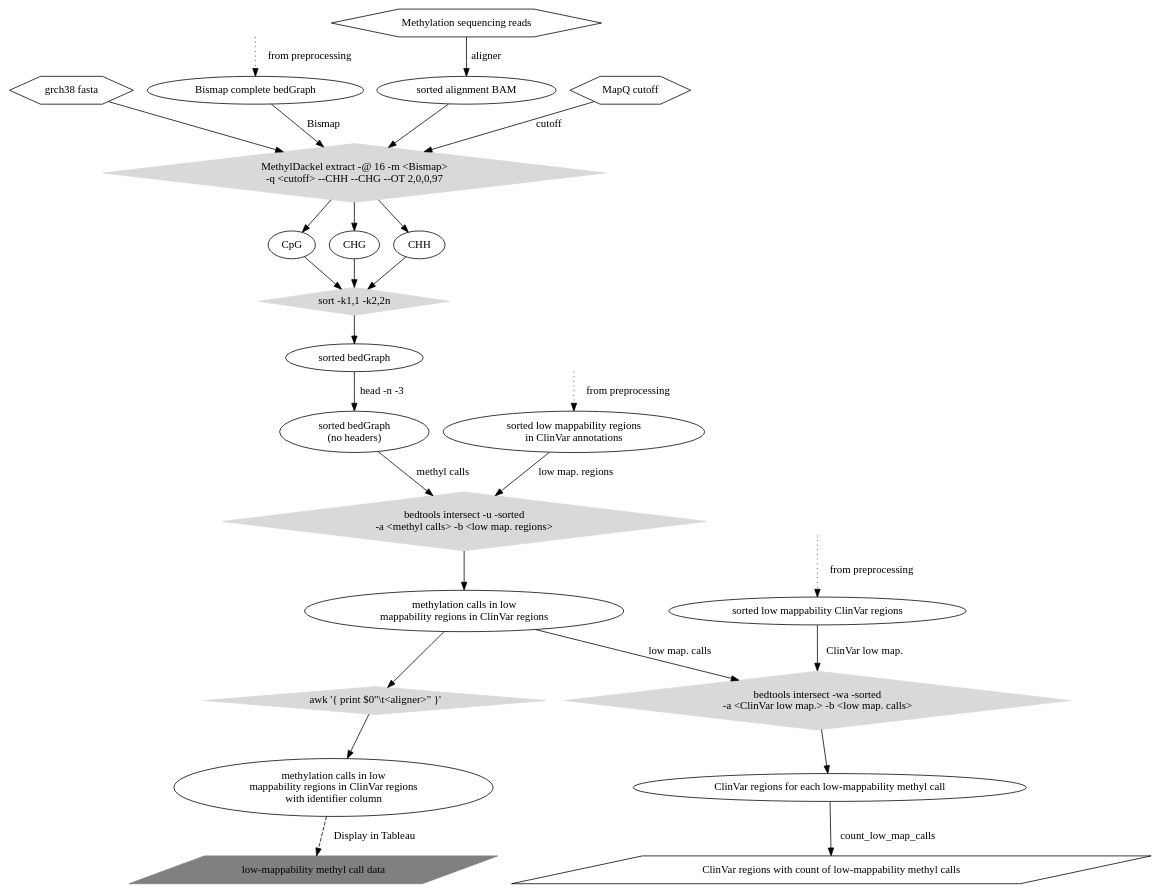
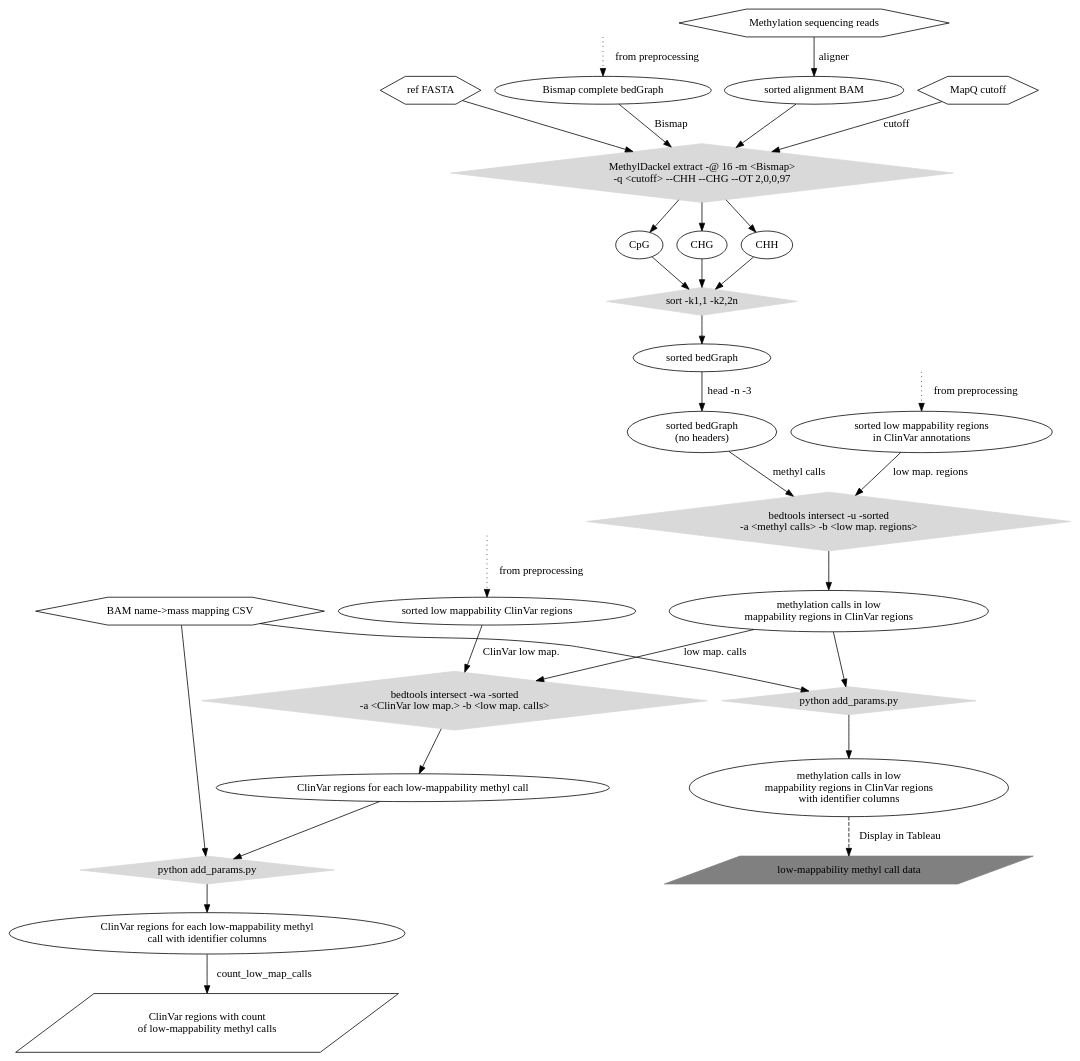
One commit to nebiolabs/low_bismap_methyl_calls changed the diagram in methylation workflow bams.dot. Above: the diagram before and after it, drawn with Graphviz. The commit also changed 3 other files, not shown here.

Commit message:
Updated paper and figure for pipeline change.

```diff
--- a/methylation workflow bams.dot
+++ b/methylation workflow bams.dot
@@ -1,92 +1,102 @@
 digraph workflow {
 
-	"grch38 fasta" [shape=hexagon, label="grch38 fasta"];
+	"ref fasta" [shape=hexagon, label="ref FASTA"];
+
+	"mass mapping CSV" [shape=hexagon, label="BAM name->mass mapping CSV"];
 
 	"Bismap complete bedGraph";
 
 	"PREPROC_1" -> "Bismap complete bedGraph" [label="from preprocessing", style=dotted];
 
 	"PREPROC_1" [style=invis];
 
 	"Bismap complete bedGraph" -> "MethylDackel extract -@ 16 -q <cutoff>\n--CHH --CHG --OT 2,0,0,97_2" [label="Bismap"];
 
 	"Methylation sequencing reads" [shape=hexagon];
 
 	"Methylation sequencing reads" -> "sorted alignment BAM" [label="aligner"];
 
 	"MapQ cutoff" [shape=hexagon];
 
 	"MapQ cutoff" -> "MethylDackel extract -@ 16 -q <cutoff>\n--CHH --CHG --OT 2,0,0,97_2" [label="cutoff"];
 
-	"grch38 fasta" -> "MethylDackel extract -@ 16 -q <cutoff>\n--CHH --CHG --OT 2,0,0,97_2";
+	"ref fasta" -> "MethylDackel extract -@ 16 -q <cutoff>\n--CHH --CHG --OT 2,0,0,97_2";
 
 	"sort -k1,1 -k2,2n_2" [shape=diamond,  color=gray85, style=filled, label="sort -k1,1 -k2,2n"];
 	"sort -k1,1 -k2,2n_2" -> "sorted bedGraph";
 	"sorted bedGraph" -> "sorted bedGraph\n(no headers)" [label="head -n -3"];
 	"CpG" -> "sort -k1,1 -k2,2n_2";
 	"CHG" -> "sort -k1,1 -k2,2n_2" ;
 	"CHH" -> "sort -k1,1 -k2,2n_2";
 	"MethylDackel extract -@ 16 -q <cutoff>\n--CHH --CHG --OT 2,0,0,97_2" [shape=diamond,  color=gray85, style=filled, label="MethylDackel extract -@ 16 -m <Bismap> \n-q <cutoff> --CHH --CHG --OT 2,0,0,97"];
 	"sorted alignment BAM" -> "MethylDackel extract -@ 16 -q <cutoff>\n--CHH --CHG --OT 2,0,0,97_2";
 	"MethylDackel extract -@ 16 -q <cutoff>\n--CHH --CHG --OT 2,0,0,97_2" -> "CHG";
 	"MethylDackel extract -@ 16 -q <cutoff>\n--CHH --CHG --OT 2,0,0,97_2" -> "CpG";
 	"MethylDackel extract -@ 16 -q <cutoff>\n--CHH --CHG --OT 2,0,0,97_2" -> "CHH";
 	"sorted bedGraph\n(no headers)" -> "bedtools intersect -u_2" [label="methyl calls"];
 
 	"sorted low mappability regions\nin ClinVar annotations 2" [label="sorted low mappability regions\nin ClinVar annotations"];
 
 	"PREPROC_2" -> "sorted low mappability regions\nin ClinVar annotations 2" [label="from preprocessing", style=dotted];
 
 	"PREPROC_2" [style=invis];
 
 	"sorted low mappability regions\nin ClinVar annotations 2" -> "bedtools intersect -u_2" [label="low map. regions"];
 
 	"sorted low mappability ClinVar regions 2" [label="sorted low mappability ClinVar regions"];
 
 	"PREPROC_3" -> "sorted low mappability ClinVar regions 2" [label="from preprocessing", style=dotted];
 
 	"PREPROC_3" [style=invis];
 
 	"sorted low mappability ClinVar regions 2" -> "bedtools intersect -u_3b" [label="ClinVar low map."];
 
 	"bedtools intersect -u_2" [label="bedtools intersect -u -sorted \n-a <methyl calls> -b <low map. regions>", shape=diamond,  color=gray85, style=filled];
 
 	"bedtools intersect -u_2" -> "methylation calls in low\nmappability regions in ClinVar regions";
 
  	"bedtools intersect -u_3b" [shape=diamond,  color=gray85, style=filled, label="bedtools intersect -wa -sorted \n-a <ClinVar low map.> -b <low map. calls>"];
 
 	"methylation calls in low\nmappability regions in ClinVar regions" -> "bedtools intersect -u_3b" [label="low map. calls"];
 	
 	"bedtools intersect -u_3b" -> "ClinVar regions for each low-mappability methyl call";
 
-	"ClinVar regions for each low-mappability methyl call" -> "ClinVar regions with count of low-mappability methyl calls" [label="count_low_map_calls"];
+	"add_params_1" [shape=diamond,  color=gray85, style=filled, label="python add_params.py"];
+
+	"add_params_2" [shape=diamond,  color=gray85, style=filled, label="python add_params.py"];
+
+	"ClinVar regions for each low-mappability methyl call" -> "add_params_1";
+
+	"add_params_1" -> "ClinVar regions for each low-mappability methyl\n call with identifier columns";
+
+	"ClinVar regions for each low-mappability methyl\n call with identifier columns" -> "ClinVar regions with count \nof low-mappability methyl calls" [label="count_low_map_calls"];
 
 	"low-mappability methyl call data" [shape=box, color=gray, style=filled];
 
-	"awk \'{ print $0\"\\t<aligner>\" }\'" [shape=diamond,  color=gray85, style=filled];
+
+	"mass mapping CSV" -> "add_params_1";
 
 
-	"methylation calls in low\nmappability regions in ClinVar regions" -> "awk \'{ print $0\"\\t<aligner>\" }\'";
+	"mass mapping CSV" -> "add_params_2";
+
+	"methylation calls in low\nmappability regions in ClinVar regions" -> "add_params_2";
+	
+	"add_params_2" -> "methylation calls in low\nmappability regions in ClinVar regions\nwith identifier columns";
 
 
 
-	"awk \'{ print $0\"\\t<aligner>\" }\'" -> "methylation calls in low\nmappability regions in ClinVar regions\nwith identifier column";
-
-
-
-
-	"methylation calls in low\nmappability regions in ClinVar regions\nwith identifier column" -> "low-mappability methyl call data" [style=dashed, label="Display in Tableau"]
+	"methylation calls in low\nmappability regions in ClinVar regions\nwith identifier columns" -> "low-mappability methyl call data" [style=dashed, label="Display in Tableau"]
 
 	"low-mappability methyl call data" [shape=parallelogram];
 
-	"ClinVar regions with count of low-mappability methyl calls" [shape=parallelogram];
+	"ClinVar regions with count \nof low-mappability methyl calls" [shape=parallelogram];
 
 	#"ClinVar regions with low-mappability methyl calls" -> "Examine Data" [style=invis];
 
 	#"bismark vs. bwameth\nlow-mappability methyl call comparison" -> "Examine Data" [style=invis];
 
 	
 
 
 	
  }
```
